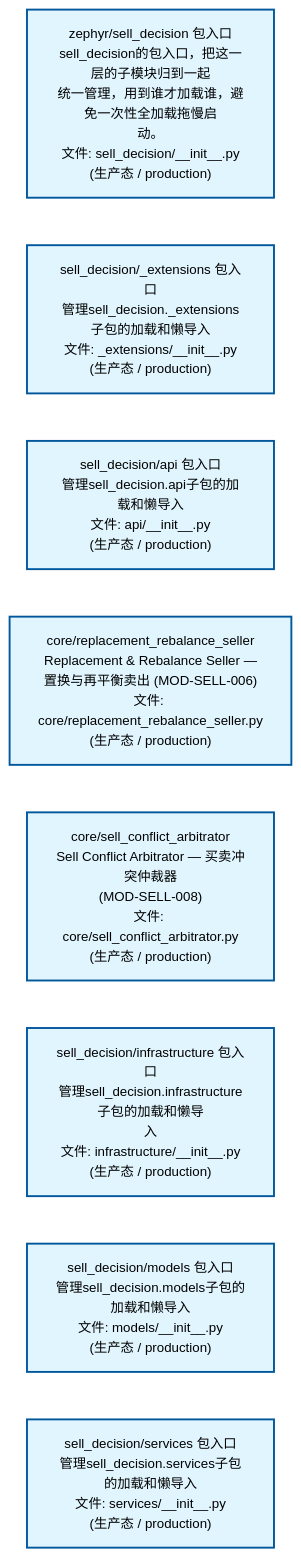
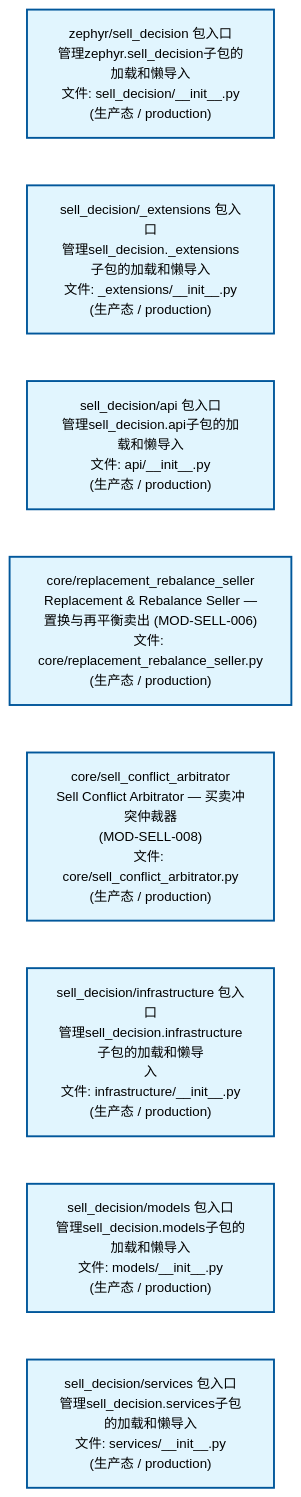
One commit to xuanFelixVan/ZephyrAlpha changed the second of 4 diagrams in docs/02_enterprise_architecture/02_domain_architecture_docs/67_d_sell_decision.md. Above: the diagram before and after it, drawn with Mermaid. The commit also changed other lines of this file and 58 other files, not shown here.

````diff
--- a/docs/02_enterprise_architecture/02_domain_architecture_docs/67_d_sell_decision.md
+++ b/docs/02_enterprise_architecture/02_domain_architecture_docs/67_d_sell_decision.md
@@ -134,24 +134,24 @@
 ```mermaid
 %%{init: {'theme': 'base', 'themeVariables': {'primaryColor': '#eaeaea', 'primaryTextColor': '#333333', 'primaryBorderColor': '#666666', 'lineColor': '#666666', 'secondaryColor': '#eaeaea', 'tertiaryColor': '#eaeaea', 'fontSize': '14px'}}}%%
 flowchart TD
-    src_zephyr_sell_decision_init_py["zephyr/sell_decision 包入口<br/>sell_decision的包入口，把这一层的子模块归到一起<br/>统一管理，用到谁才加载谁，避免一次性全加载拖慢启<br/>动。<br/>文件: sell_decision/__init__.py<br/>(生产态 / production)"]
+    src_zephyr_sell_decision_init_py["zephyr/sell_decision 包入口<br/>管理zephyr.sell_decision子包的加载和懒导入<br/>文件: sell_decision/__init__.py<br/>(生产态 / production)"]
     src_zephyr_sell_decision_extensions_init_py["sell_decision/_extensions 包入口<br/>管理sell_decision._extensions子包的加载和懒导入<br/>文件: _extensions/__init__.py<br/>(生产态 / production)"]
     src_zephyr_sell_decision_api_init_py["sell_decision/api 包入口<br/>管理sell_decision.api子包的加载和懒导入<br/>文件: api/__init__.py<br/>(生产态 / production)"]
     src_zephyr_sell_decision_core_replacement_rebalance_seller_py["core/replacement_rebalance_seller<br/>Replacement & Rebalance Seller —<br/>置换与再平衡卖出 (MOD-SELL-006)<br/>文件: core/replacement_rebalance_seller.py<br/>(生产态 / production)"]
     src_zephyr_sell_decision_core_sell_conflict_arbitrator_py["core/sell_conflict_arbitrator<br/>Sell Conflict Arbitrator — 买卖冲突仲裁器<br/>(MOD-SELL-008)<br/>文件: core/sell_conflict_arbitrator.py<br/>(生产态 / production)"]
     src_zephyr_sell_decision_infrastructure_init_py["sell_decision/infrastructure 包入口<br/>管理sell_decision.infrastructure子包的加载和懒导<br/>入<br/>文件: infrastructure/__init__.py<br/>(生产态 / production)"]
     src_zephyr_sell_decision_models_init_py["sell_decision/models 包入口<br/>管理sell_decision.models子包的加载和懒导入<br/>文件: models/__init__.py<br/>(生产态 / production)"]
     src_zephyr_sell_decision_services_init_py["sell_decision/services 包入口<br/>管理sell_decision.services子包的加载和懒导入<br/>文件: services/__init__.py<br/>(生产态 / production)"]
     src_zephyr_sell_decision_init_py ~~~ src_zephyr_sell_decision_extensions_init_py
     src_zephyr_sell_decision_extensions_init_py ~~~ src_zephyr_sell_decision_api_init_py
     src_zephyr_sell_decision_api_init_py ~~~ src_zephyr_sell_decision_core_replacement_rebalance_seller_py
     src_zephyr_sell_decision_core_replacement_rebalance_seller_py ~~~ src_zephyr_sell_decision_core_sell_conflict_arbitrator_py
     src_zephyr_sell_decision_core_sell_conflict_arbitrator_py ~~~ src_zephyr_sell_decision_infrastructure_init_py
     src_zephyr_sell_decision_infrastructure_init_py ~~~ src_zephyr_sell_decision_models_init_py
     src_zephyr_sell_decision_models_init_py ~~~ src_zephyr_sell_decision_services_init_py
     classDef production fill:#e1f5fe,stroke:#01579b,stroke-width:2px,color:#000
     classDef design fill:#fff3e0,stroke:#e65100,stroke-width:2px,color:#000,stroke-dasharray: 5 5
     classDef external_prod fill:#e8f4fd,stroke:#0277bd,stroke-width:1px,color:#000
     classDef external_design fill:#fff8e7,stroke:#ef6c00,stroke-width:1px,color:#000,stroke-dasharray: 5 5
     class src_zephyr_sell_decision_init_py,src_zephyr_sell_decision_extensions_init_py,src_zephyr_sell_decision_api_init_py,src_zephyr_sell_decision_core_replacement_rebalance_seller_py,src_zephyr_sell_decision_core_sell_conflict_arbitrator_py,src_zephyr_sell_decision_infrastructure_init_py,src_zephyr_sell_decision_models_init_py,src_zephyr_sell_decision_services_init_py production
 ```
````
